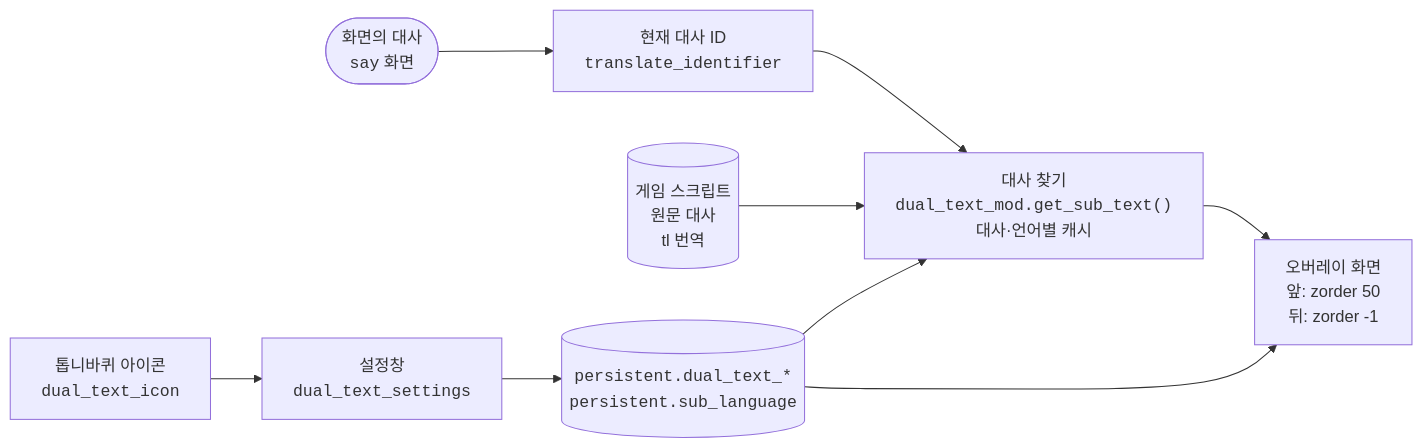
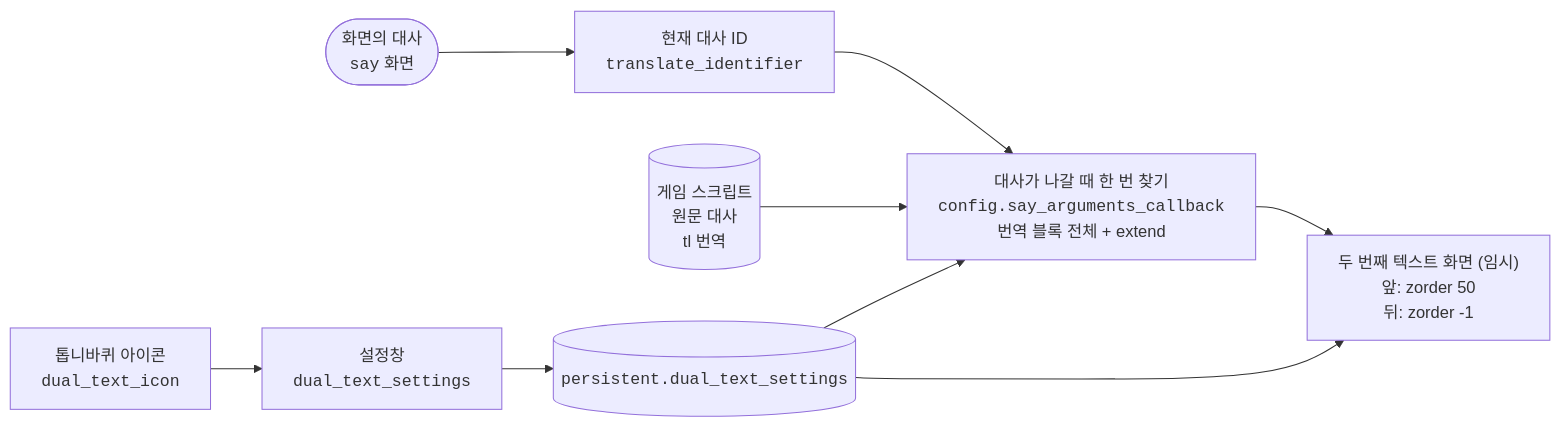
The diagram in README.ko.md (0eti/Xeti-s-Dual-Text-Mode), drawn with Mermaid before and after one commit. The commit also changed other lines of this file and 3 other files, not shown here.

````diff
--- a/README.ko.md
+++ b/README.ko.md
@@ -44,18 +71,18 @@
 ```mermaid
 flowchart LR
     say(["화면의 대사<br/><code>say</code> 화면"])
     id["현재 대사 ID<br/><code>translate_identifier</code>"]
-    get["대사 찾기<br/><code>dual_text_mod.get_sub_text()</code><br/>대사·언어별 캐시"]
+    get["대사가 나갈 때 한 번 찾기<br/><code>config.say_arguments_callback</code><br/>번역 블록 전체 + extend"]
     script[("게임 스크립트<br/>원문 대사<br/>tl 번역")]
-    overlay["오버레이 화면<br/>앞: zorder 50<br/>뒤: zorder -1"]
+    overlay["두 번째 텍스트 화면 (임시)<br/>앞: zorder 50<br/>뒤: zorder -1"]
     icon["톱니바퀴 아이콘<br/><code>dual_text_icon</code>"]
     settings["설정창<br/><code>dual_text_settings</code>"]
-    pers[("<code>persistent.dual_text_*</code><br/><code>persistent.sub_language</code>")]
+    pers[("<code>persistent.dual_text_settings</code>")]
 
     say --> id --> get
     script --> get
     get --> overlay
     icon --> settings --> pers
     pers --> get
     pers --> overlay
 ```
````
